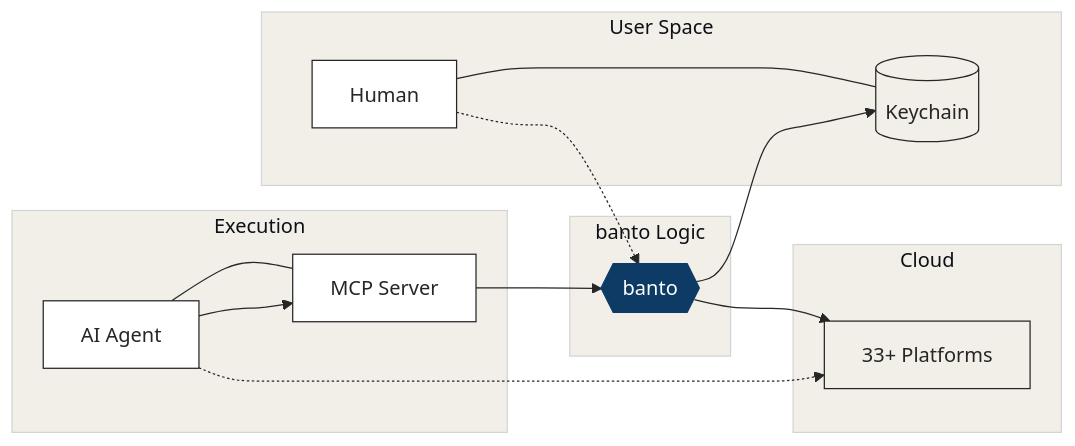
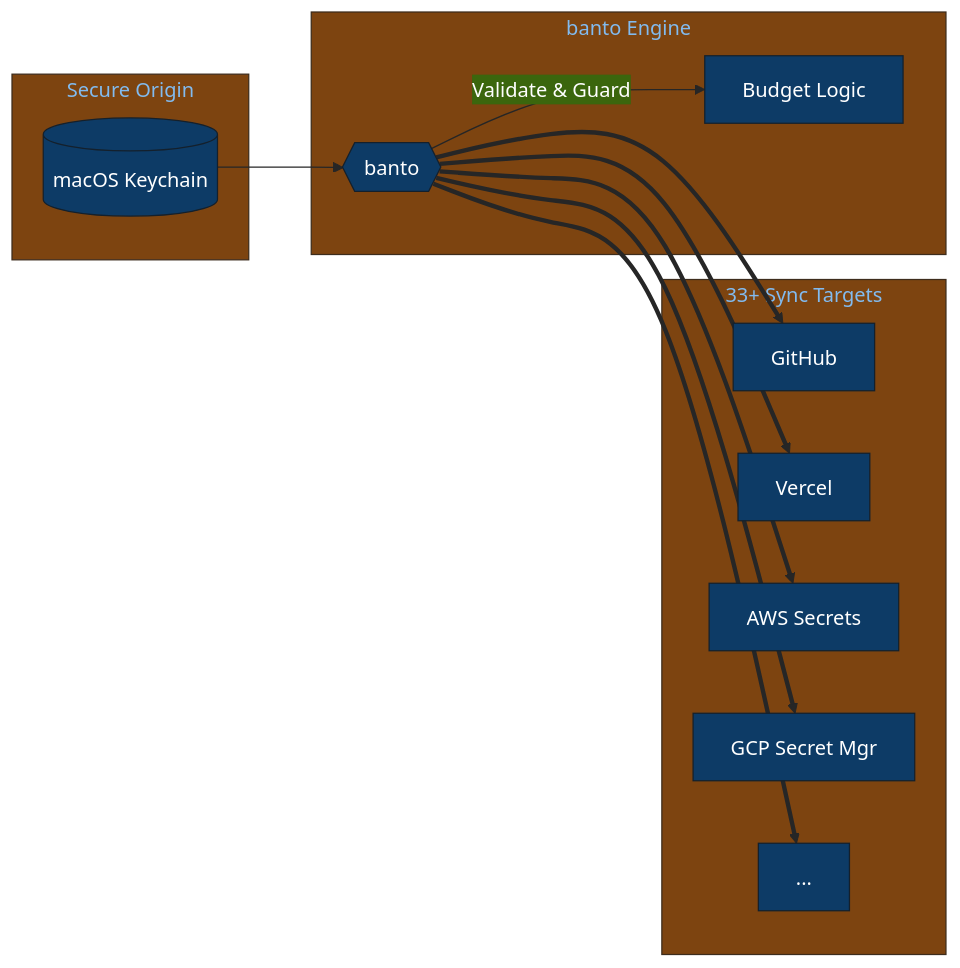
One commit to allnew-llc/banto changed the diagram in README.ja.md. Above: the diagram before and after it, drawn with Mermaid. The commit also changed other lines of this file and 1 other file, not shown here.

Commit message:
strategy: pivot README from budget-first to sync-first
180° narrative shift: sync is the hero, budget is the intelligence.

Lead: "One command. 33 platforms." replaces "Local-first secret management"
Description: opens with sync value prop, budget mentioned as optional layer
Features: 33+ platform sync is #1, budget guard moved to #6
Quick Start: step 2 is now "sync to a platform" (was step 4)
Mermaid: Keychain → banto → 33 targets (thick arrows), budget as side logic
Validate + push --validate promoted to step 4

Both EN + JA updated. Wa-modern visual tone preserved.

````diff
--- a/README.ja.md
+++ b/README.ja.md
@@ -29,39 +29,28 @@
 ```mermaid
-%%{init: {
-  'theme': 'base',
-  'themeVariables': {
-    'primaryColor': '#ffffff',
-    'primaryTextColor': '#262626',
-    'primaryBorderColor': '#262626',
-    'lineColor': '#262626',
-    'secondaryColor': '#0D3B66',
-    'tertiaryColor': '#F2EFE9'
-  }
-}}%%
+%%{init: {'theme': 'base', 'themeVariables': { 'primaryColor': '#0D3B66', 'primaryTextColor': '#fff', 'lineColor': '#262626' }}}%%
 graph LR
-    subgraph Setup ["User Space"]
-        H[Human] --- KC[(Keychain)]
+    subgraph Local ["Secure Origin"]
+        KC[(macOS Keychain)]
     end
 
-    subgraph Core ["banto Logic"]
+    subgraph Hub ["banto Engine"]
         B{{"banto"}}
+        V[Budget Logic]
     end
 
-    subgraph Agents ["Execution"]
-        A[AI Agent] --- M[MCP Server]
+    subgraph Cloud ["33+ Sync Targets"]
+        GH[GitHub]
+        VC[Vercel]
+        AWS[AWS Secrets]
+        GCP[GCP Secret Mgr]
+        ETC[...]
     end
 
-    subgraph Target ["Cloud"]
-        P[33+ Platforms]
-    end
-
-    H -.-> B
-    A --> M --> B
-    B --> KC
-    B --> P
-    A -.-> P
-
-    style B fill:#0D3B66,color:#fff,stroke:#0D3B66
-    style KC fill:#F2EFE9,stroke:#262626
-    style P fill:#F2EFE9,stroke:#262626
+    KC --> B
+    B -- "Validate & Guard" --> V
+    B ==> GH
+    B ==> VC
+    B ==> AWS
+    B ==> GCP
+    B ==> ETC
 ```
````
